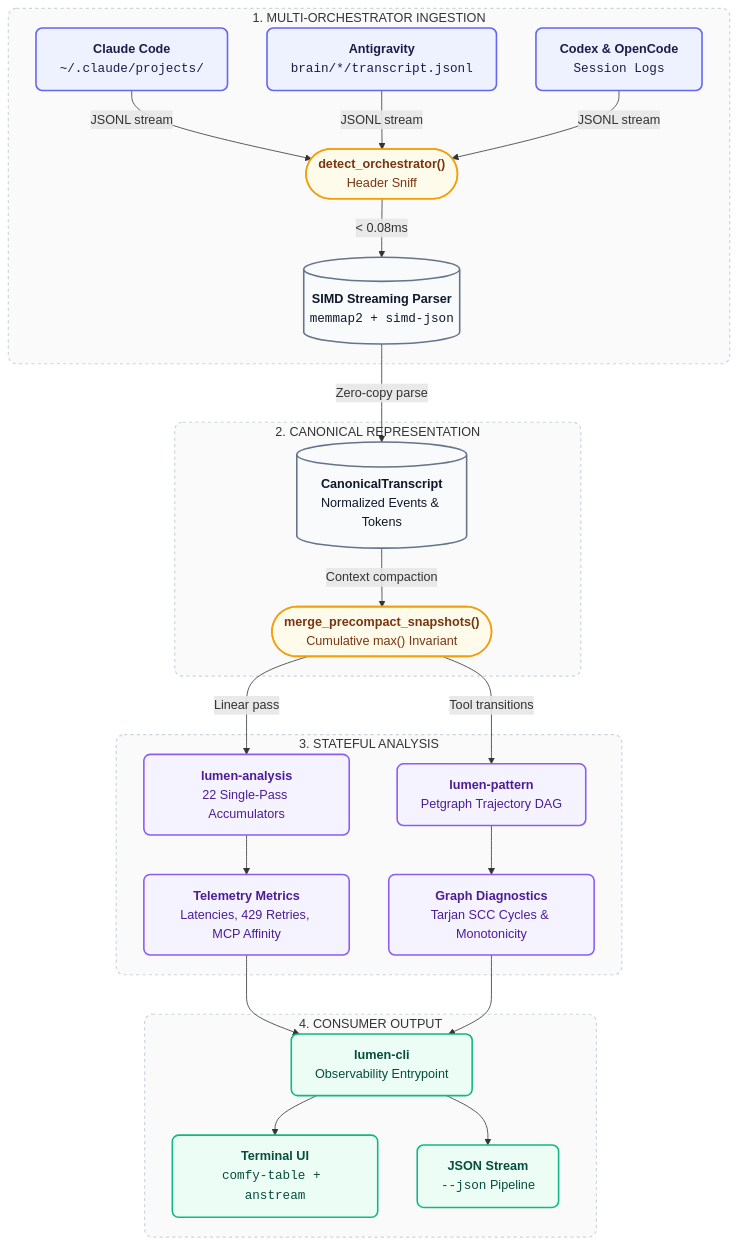
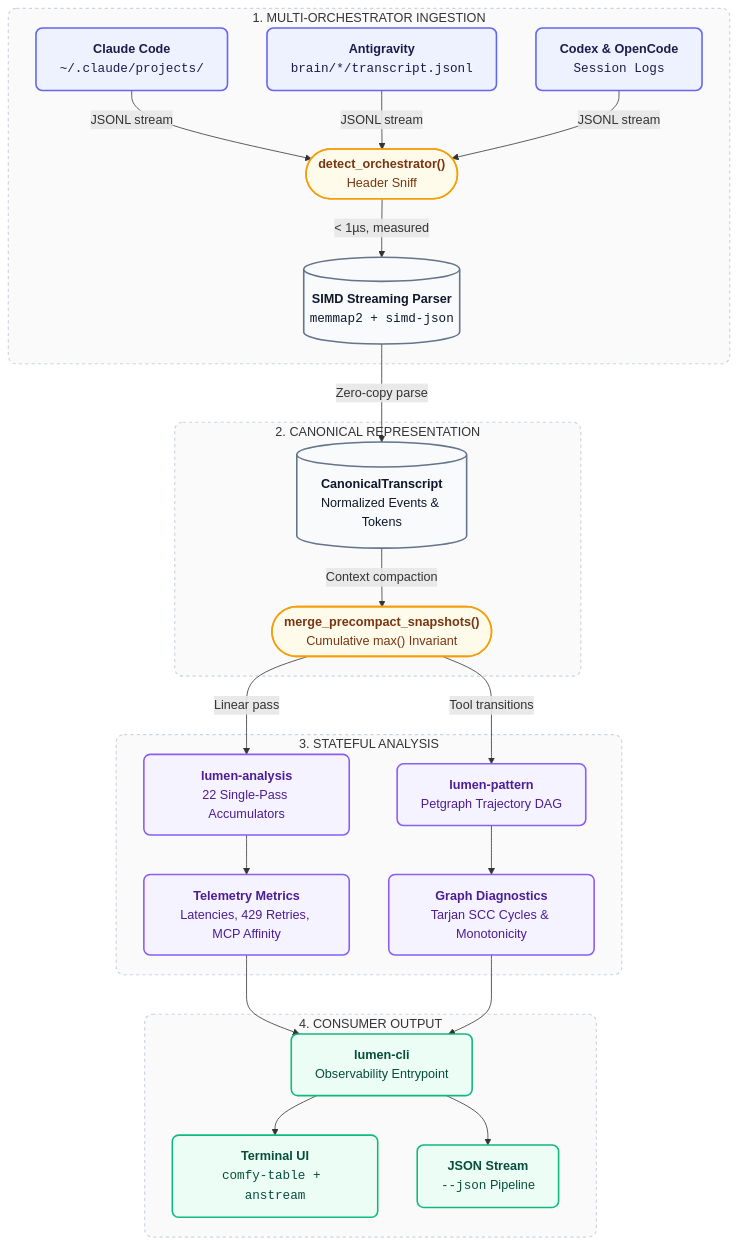
Before and after one commit to orin-axi/lumen: the first of 2 diagrams in README.md, drawn with Mermaid. The commit also changed other lines of this file and 1 other file, not shown here.

````diff
--- a/README.md
+++ b/README.md
@@ -28,59 +28,59 @@
 ```mermaid
 flowchart TD
     classDef source fill:#eef2ff,stroke:#6366f1,stroke-width:2px,color:#1e1b4b,rx:8px,ry:8px;
     classDef router fill:#fffbeb,stroke:#f59e0b,stroke-width:2px,color:#78350f,rx:8px,ry:8px;
     classDef store fill:#f8fafc,stroke:#64748b,stroke-width:2px,color:#0f172a,rx:8px,ry:8px;
     classDef engine fill:#f5f3ff,stroke:#8b5cf6,stroke-width:2px,color:#4c1d95,rx:8px,ry:8px;
     classDef terminal fill:#ecfdf5,stroke:#10b981,stroke-width:2px,color:#064e3b,rx:8px,ry:8px;
 
     subgraph Ingestion [" 1. MULTI-ORCHESTRATOR INGESTION "]
         A1["<b>Claude Code</b><br/><code>~/.claude/projects/</code>"]:::source
         A2["<b>Antigravity</b><br/><code>brain/*/transcript.jsonl</code>"]:::source
         A3["<b>Codex & OpenCode</b><br/><code>Session Logs</code>"]:::source
         
         F(["<b>detect_orchestrator()</b><br/>Header Sniff"]):::router
         B[("<b>SIMD Streaming Parser</b><br/><code>memmap2 + simd-json</code>")]:::store
 
         A1 -->|JSONL stream| F
         A2 -->|JSONL stream| F
         A3 -->|JSONL stream| F
-        F -->|< 0.08ms| B
+        F -->|< 1µs, measured| B
     end
 
     subgraph IR [" 2. CANONICAL REPRESENTATION "]
         C[("<b>CanonicalTranscript</b><br/>Normalized Events & Tokens")]:::store
         S(["<b>merge_precompact_snapshots()</b><br/>Cumulative max() Invariant"]):::router
 
         B -->|Zero-copy parse| C
         C -->|Context compaction| S
     end
 
     subgraph Analytics [" 3. STATEFUL ANALYSIS "]
         D1["<b>lumen-analysis</b><br/>22 Single-Pass Accumulators"]:::engine
         D2["<b>lumen-pattern</b><br/>Petgraph Trajectory DAG"]:::engine
 
         E1["<b>Telemetry Metrics</b><br/>Latencies, 429 Retries, MCP Affinity"]:::engine
         E2["<b>Graph Diagnostics</b><br/>Tarjan SCC Cycles & Monotonicity"]:::engine
 
         S -->|Linear pass| D1
         S -->|Tool transitions| D2
         D1 --> E1
         D2 --> E2
     end
 
     subgraph Output [" 4. CONSUMER OUTPUT "]
         O["<b>lumen-cli</b><br/>Observability Entrypoint"]:::terminal
         TTY["<b>Terminal UI</b><br/><code>comfy-table + anstream</code>"]:::terminal
         JSON["<b>JSON Stream</b><br/><code>--json</code> Pipeline"]:::terminal
 
         E1 --> O
         E2 --> O
         O --> TTY
         O --> JSON
     end
 
     style Ingestion fill:#fafafa,stroke:#cbd5e1,stroke-width:1.5px,stroke-dasharray: 4 4,rx:10px,ry:10px
     style IR fill:#fafafa,stroke:#cbd5e1,stroke-width:1.5px,stroke-dasharray: 4 4,rx:10px,ry:10px
     style Analytics fill:#fafafa,stroke:#cbd5e1,stroke-width:1.5px,stroke-dasharray: 4 4,rx:10px,ry:10px
     style Output fill:#fafafa,stroke:#cbd5e1,stroke-width:1.5px,stroke-dasharray: 4 4,rx:10px,ry:10px
 ```
````
